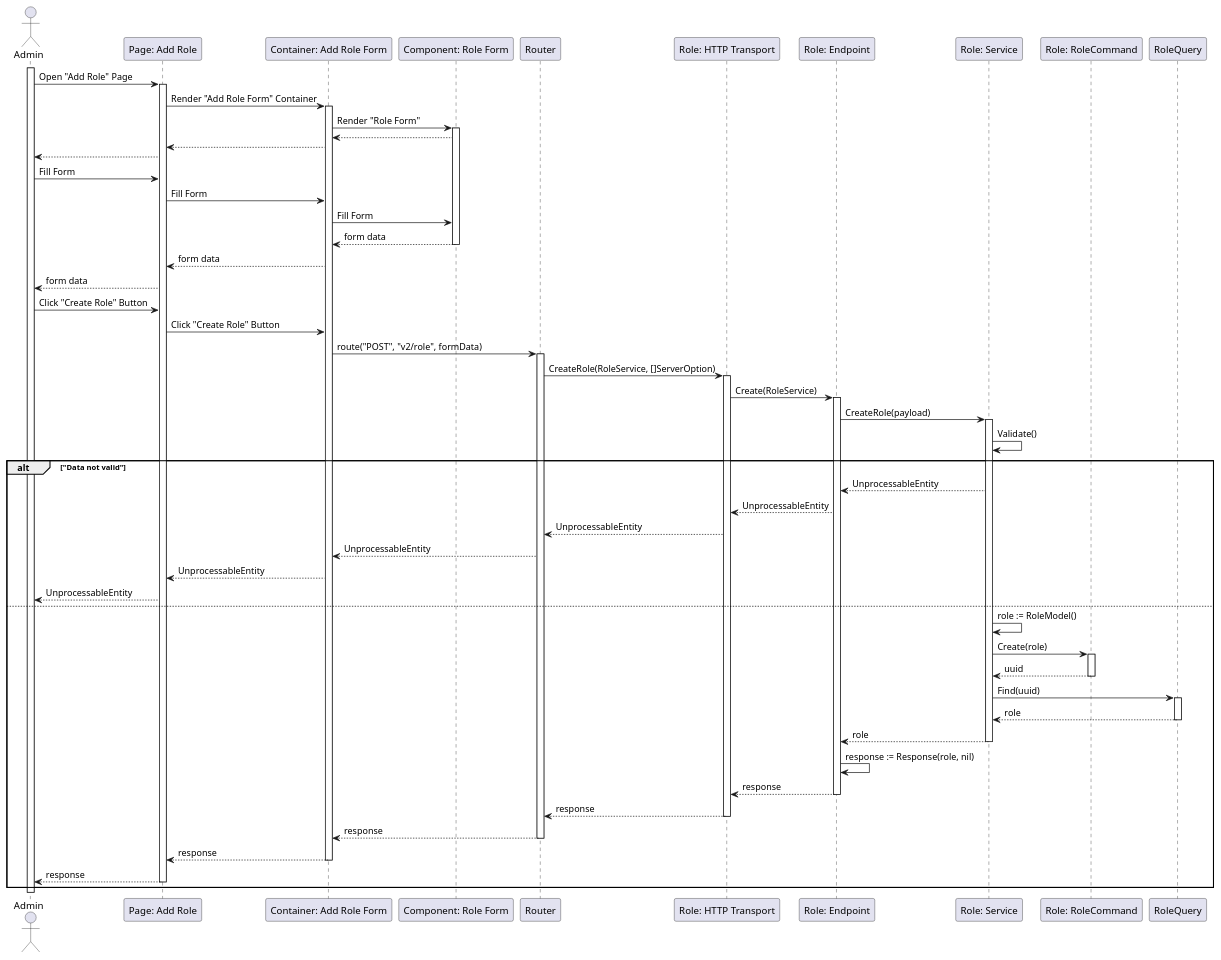
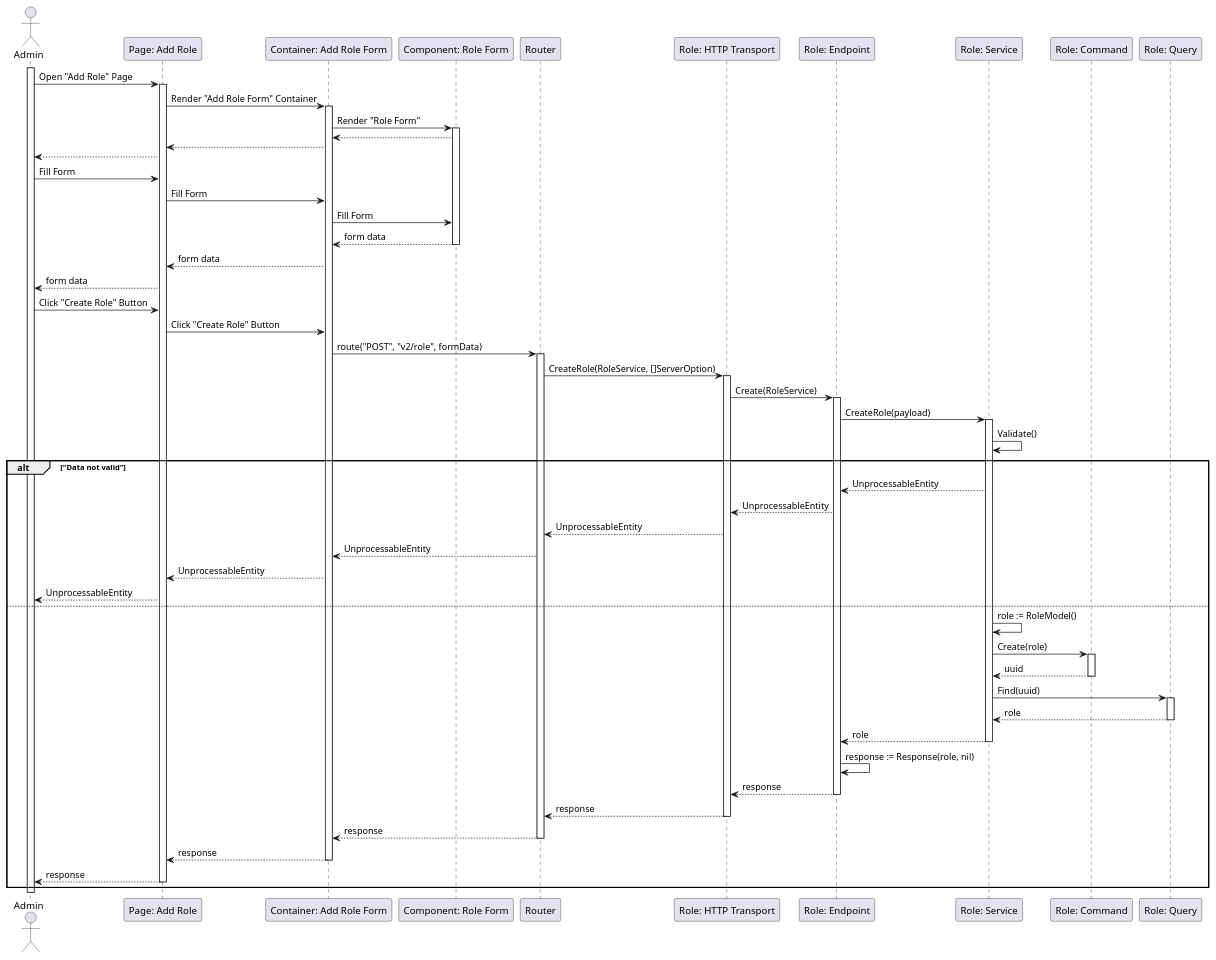
One commit to fwidjaya20/fazzlearning-uml changed the diagram in Sequance/Release01/CreateRole.wsd. Above: the diagram before and after it, drawn with PlantUML. The commit also changed 1 other file, not shown here.

Commit message:
sequence: update participant name on CU role

```diff
--- a/Sequance/Release01/CreateRole.wsd
+++ b/Sequance/Release01/CreateRole.wsd
@@ -1,80 +1,80 @@
 @startuml CreateRole
 
 actor Admin
 participant "Page: Add Role" as AddRolePage
 participant "Container: Add Role Form" as AddRoleFormContainer
 participant "Component: Role Form" as RoleForm
 participant "Router" as Router
 participant "Role: HTTP Transport" as RoleHTTPTransport
 participant "Role: Endpoint" as RoleEndpoint
 participant "Role: Service" as RoleService
-participant "Role: RoleCommand" as RoleCommand
-' participant "Role: RoleQuery" as RoleQuery
+participant "Role: Command" as RoleCommand
+participant "Role: Query" as RoleQuery
 
 activate Admin
 
 Admin->AddRolePage: Open "Add Role" Page
 activate AddRolePage
 AddRolePage->AddRoleFormContainer: Render "Add Role Form" Container
 activate AddRoleFormContainer
 AddRoleFormContainer->RoleForm: Render "Role Form"
 activate RoleForm
 RoleForm-->AddRoleFormContainer
 AddRoleFormContainer-->AddRolePage
 AddRolePage-->Admin
 
 Admin->AddRolePage: Fill Form
 AddRolePage->AddRoleFormContainer: Fill Form
 AddRoleFormContainer->RoleForm: Fill Form
 RoleForm-->AddRoleFormContainer: form data
 deactivate RoleForm
 AddRoleFormContainer-->AddRolePage: form data
 AddRolePage-->Admin: form data
 
 Admin->AddRolePage: Click "Create Role" Button
 AddRolePage->AddRoleFormContainer: Click "Create Role" Button
 AddRoleFormContainer->Router: route("POST", "v2/role", formData)
 activate Router
 Router->RoleHTTPTransport: CreateRole(RoleService, []ServerOption)
 activate RoleHTTPTransport
 RoleHTTPTransport->RoleEndpoint: Create(RoleService)
 activate RoleEndpoint
 RoleEndpoint->RoleService: CreateRole(payload)
 activate RoleService
 RoleService->RoleService: Validate()
 
 alt "Data not valid"
     RoleService-->RoleEndpoint: UnprocessableEntity
     RoleEndpoint-->RoleHTTPTransport: UnprocessableEntity
     RoleHTTPTransport-->Router: UnprocessableEntity
     Router-->AddRoleFormContainer: UnprocessableEntity
     AddRoleFormContainer-->AddRolePage: UnprocessableEntity
     AddRolePage-->Admin: UnprocessableEntity
 else
     RoleService->RoleService: role := RoleModel()
     RoleService->RoleCommand: Create(role)
     activate RoleCommand
     RoleCommand-->RoleService: uuid
     deactivate RoleCommand
     RoleService->RoleQuery: Find(uuid)
     activate RoleQuery
     RoleQuery-->RoleService: role
     deactivate RoleQuery
     RoleService-->RoleEndpoint: role
     deactivate RoleService
     RoleEndpoint->RoleEndpoint: response := Response(role, nil)
     RoleEndpoint-->RoleHTTPTransport: response
     deactivate RoleEndpoint
     RoleHTTPTransport-->Router: response
     deactivate RoleHTTPTransport
     Router-->AddRoleFormContainer: response
     deactivate Router
     AddRoleFormContainer-->AddRolePage: response
     deactivate AddRoleFormContainer
     AddRolePage-->Admin: response
     deactivate AddRolePage
 end
 
 deactivate Admin
 
 @enduml
```
